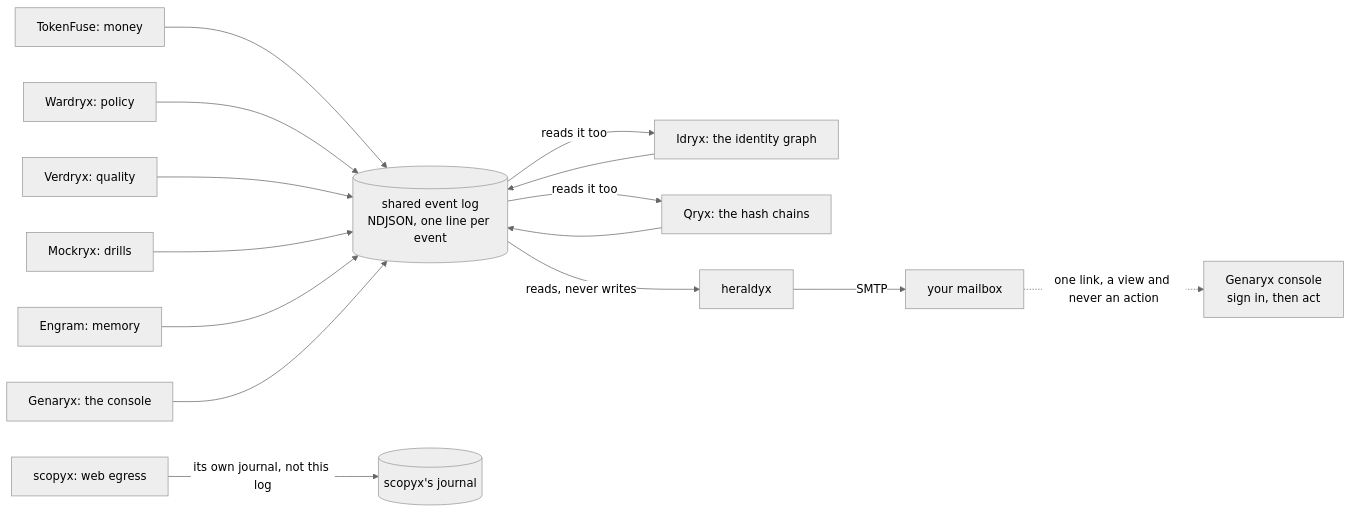
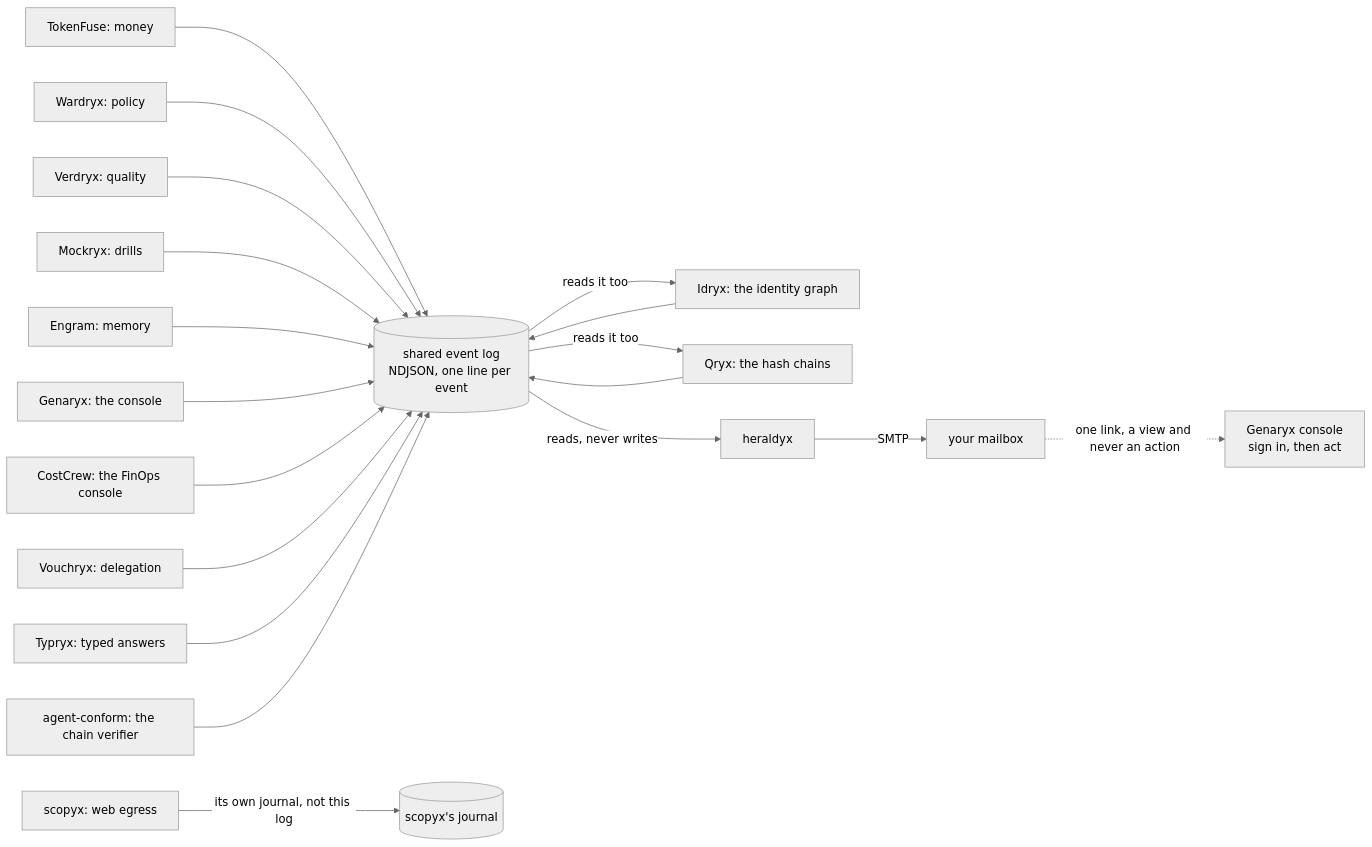
Before and after one commit to TAIPANBOX/heraldyx: the diagram in README.md, drawn with Mermaid (neutral theme). The commit also changed other lines of this file, not shown here.

````diff
--- a/README.md
+++ b/README.md
@@ -51,17 +51,21 @@
 ```mermaid
 flowchart LR
   TF["TokenFuse: money"] --> LOG[("shared event log<br/>NDJSON, one line per event")]
   WX["Wardryx: policy"] --> LOG
   VX["Verdryx: quality"] --> LOG
   MX["Mockryx: drills"] --> LOG
   ENG["Engram: memory"] --> LOG
   GX["Genaryx: the console"] --> LOG
   ID["Idryx: the identity graph"] --> LOG
   QX["Qryx: the hash chains"] --> LOG
+  CC["CostCrew: the FinOps console"] --> LOG
+  VY["Vouchryx: delegation"] --> LOG
+  TY["Typryx: typed answers"] --> LOG
+  AC["agent-conform: the chain verifier"] --> LOG
   LOG -->|"reads, never writes"| H["heraldyx"]
   LOG -->|"reads it too"| ID
   LOG -->|"reads it too"| QX
   SC["scopyx: web egress"] -->|"its own journal, not this log"| SJ[("scopyx's journal")]
   H -->|"SMTP"| M["your mailbox"]
   M -.->|"one link, a view and never an action"| C["Genaryx console<br/>sign in, then act"]
 ```
````
